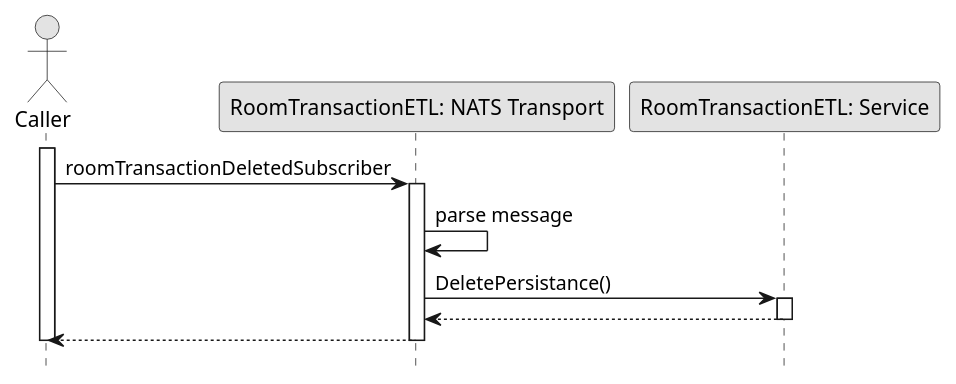
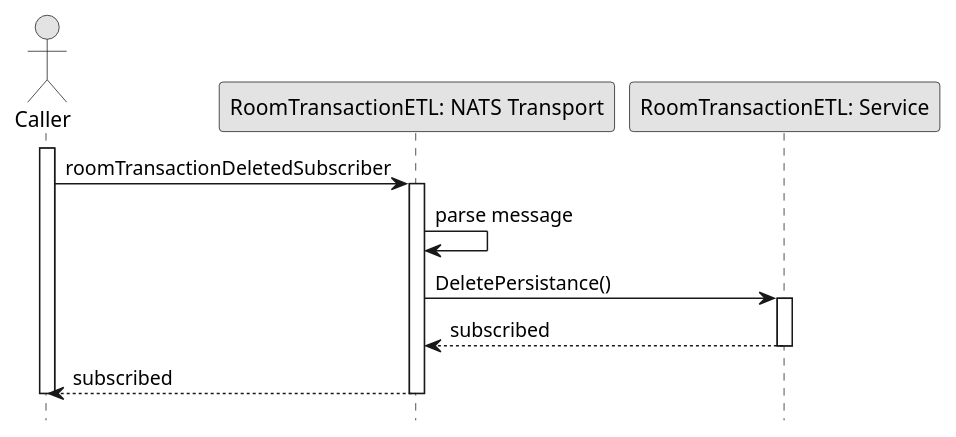
Before and after one commit to fwidjaya20/fazzlearning-uml: the diagram in Sequence/Release02/EVENT_SubscribeRTDelete.wsd, drawn with PlantUML. The commit also changed 26 other files, not shown here.

Commit message:
fix(sequence): adding return wording

```diff
--- a/Sequence/Release02/EVENT_SubscribeRTDelete.wsd
+++ b/Sequence/Release02/EVENT_SubscribeRTDelete.wsd
@@ -1,26 +1,26 @@
 @startuml SubscribeRTDeleted
 
 skinparam ConditionStyle hline
 skinparam Monochrome true
 skinparam Shadowing false
 hide footbox
 
 actor Caller
 participant "RoomTransactionETL: NATS Transport" as RoomTransactionETLNATSTransport
 participant "RoomTransactionETL: Service" as RoomTransactionETLService
 
 activate Caller
 
 Caller->RoomTransactionETLNATSTransport: roomTransactionDeletedSubscriber
 activate RoomTransactionETLNATSTransport
 RoomTransactionETLNATSTransport->RoomTransactionETLNATSTransport: parse message
 RoomTransactionETLNATSTransport->RoomTransactionETLService: DeletePersistance()
 activate RoomTransactionETLService
-RoomTransactionETLService-->RoomTransactionETLNATSTransport
+RoomTransactionETLService-->RoomTransactionETLNATSTransport: subscribed
 deactivate RoomTransactionETLService
-RoomTransactionETLNATSTransport-->Caller
+RoomTransactionETLNATSTransport-->Caller: subscribed
 deactivate RoomTransactionETLNATSTransport
 
 deactivate Caller
 
 @enduml
```
